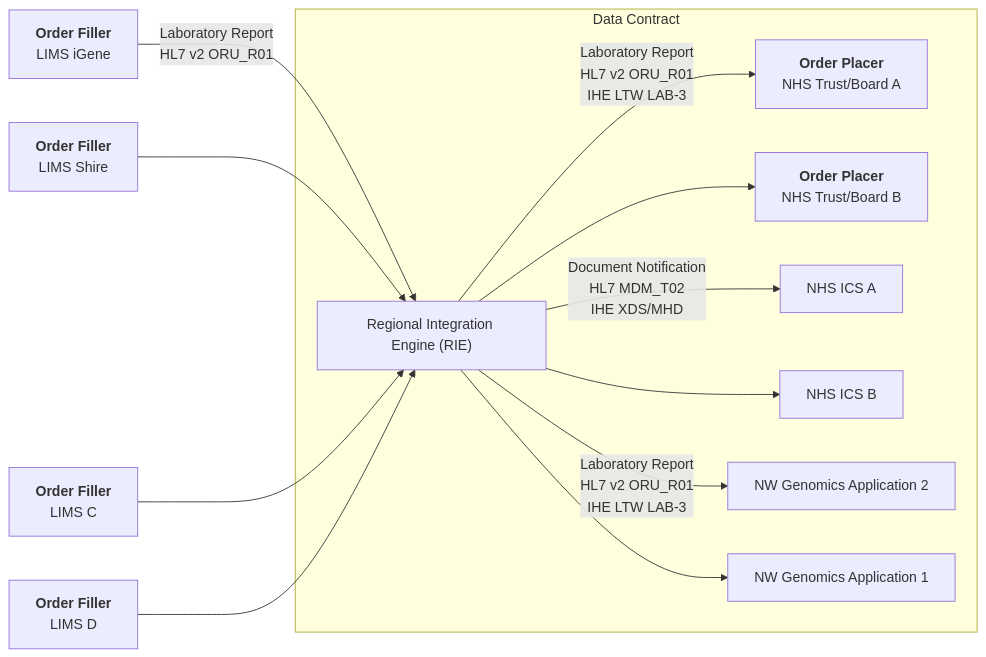
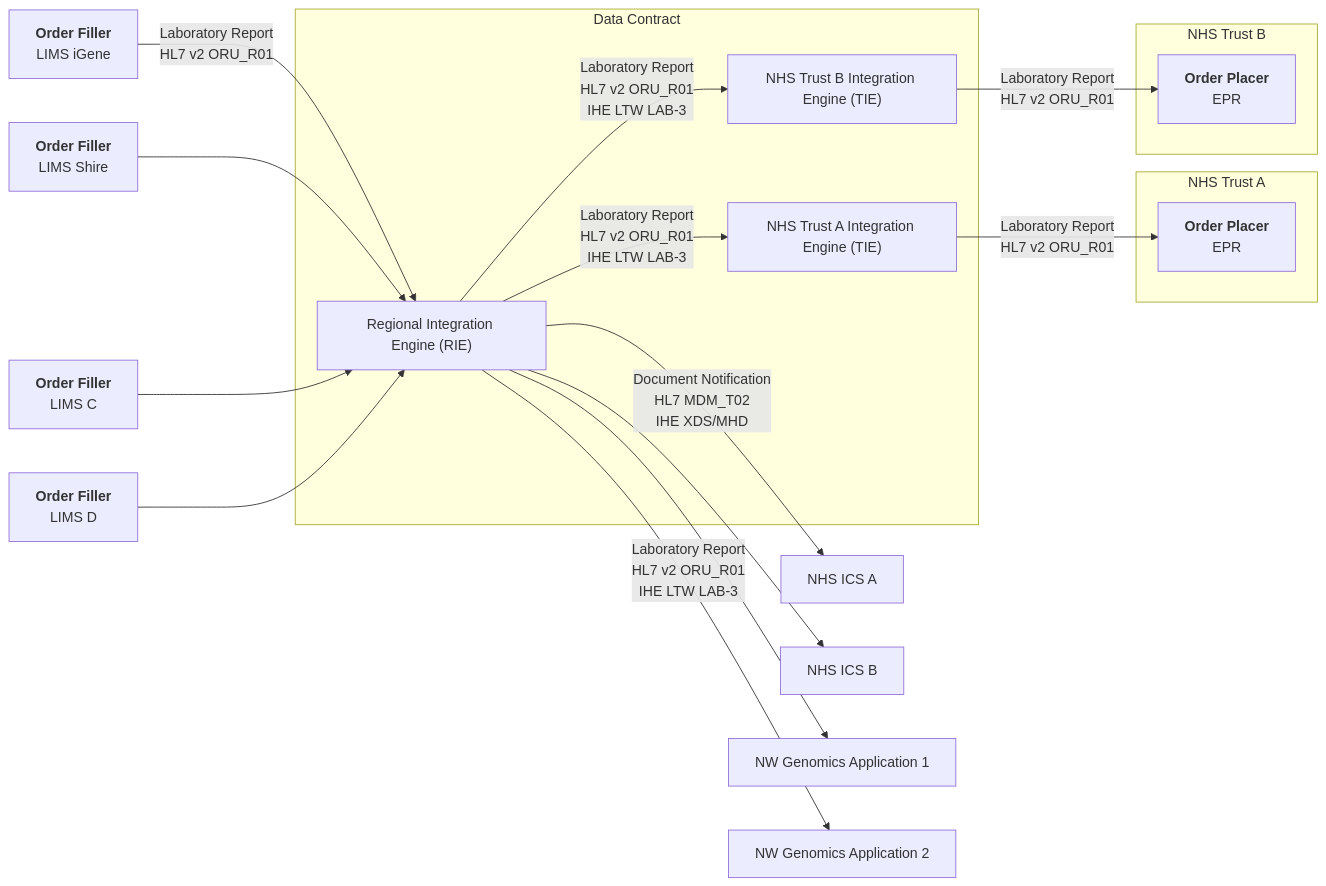
Before and after one commit to uk-gov-mirror/nw-gmsa.nw-gmsa.github.com: the fourth of 6 diagrams in input/pagecontent/index.md, drawn with Mermaid. The commit also changed other lines of this file, not shown here.

Commit message:
Added TIE to future diagrams

````diff
--- a/input/pagecontent/index.md
+++ b/input/pagecontent/index.md
@@ -72,29 +87,39 @@
 ```mermaid
 graph LR
-    
+    subgraph NHSTrustA[NHS Trust A]
+        NHSA[<b>Order Placer</b><br/>EPR]
+    end    
+
+    subgraph NHSTrustB[NHS Trust B]
+        NHSB[<b>Order Placer</b><br/>EPR] 
+    end
+
+    subgraph DataContracts[Data Contract]
+        RIE["Regional Integration Engine (RIE)"]
+        TIEA["NHS Trust A Integration Engine (TIE)"]
+        TIEB["NHS Trust B Integration Engine (TIE)"]
+  
+    end 
+    ICSA[NHS ICS A]
+    ICSB[NHS ICS B]
+    APPA[NW Genomics Application 1]
+    APPB[NW Genomics Application 2]
+
     LIMSA[<b>Order Filler</b><br>LIMS iGene]
     LIMSB[<b>Order Filler</b><br>LIMS Shire]
     LIMSC[<b>Order Filler</b><br>LIMS C]
     LIMSD[<b>Order Filler</b><br>LIMS D]
    
     LIMSA --> |Laboratory Report<br/>HL7 v2 ORU_R01| RIE
     LIMSB --> RIE
     LIMSC --> RIE
     LIMSD --> RIE
-    RIE["Regional Integration Engine (RIE)"] --> |Laboratory Report<br/>HL7 v2 ORU_R01<br/>IHE LTW LAB-3| NHSA
-    RIE --> NHSB
+    RIE["Regional Integration Engine (RIE)"] --> |Laboratory Report<br/>HL7 v2 ORU_R01<br/>IHE LTW LAB-3| TIEA
+    RIE --> |Laboratory Report<br/>HL7 v2 ORU_R01<br/>IHE LTW LAB-3| TIEB
+    TIEA --> |Laboratory Report<br/>HL7 v2 ORU_R01| NHSA
+    TIEB --> |Laboratory Report<br/>HL7 v2 ORU_R01| NHSB
     RIE --> |Document Notification<br/>HL7 MDM_T02<br/>IHE XDS/MHD| ICSA
     RIE --> ICSB
     RIE --> |Laboratory Report<br/>HL7 v2 ORU_R01<br/>IHE LTW LAB-3| APPB
     RIE --> APPA
-
-    subgraph DataContracts[Data Contract]
-        RIE["Regional Integration Engine (RIE)"]
-        NHSA[<b>Order Placer</b><br/>NHS Trust/Board A]
-        NHSB[<b>Order Placer</b><br/>NHS Trust/Board B] 
-        ICSA[NHS ICS A]
-        ICSB[NHS ICS B]
-        APPA[NW Genomics Application 1]
-        APPB[NW Genomics Application 2]
-    end 
 ```
````
